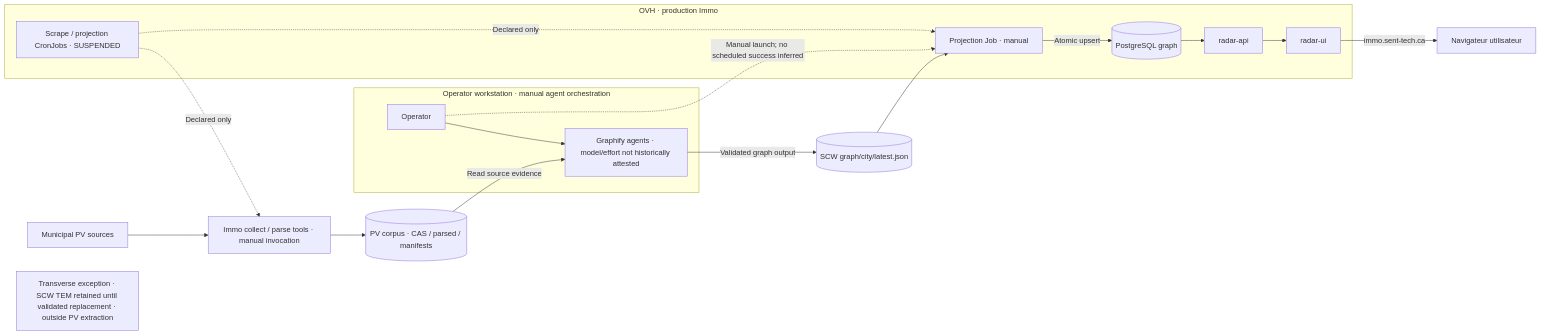
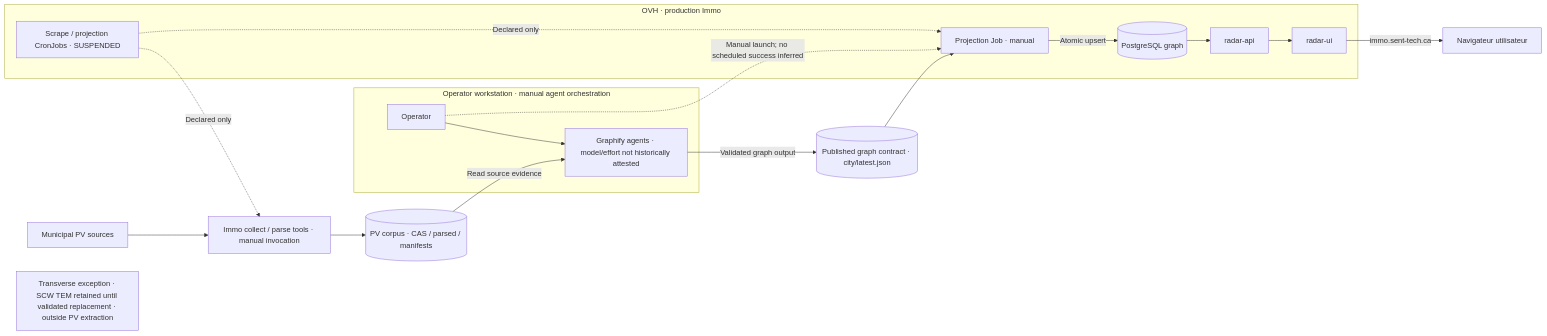
One commit to rhanka/radar-immobilier changed the third of 4 diagrams in docs/spec/SPEC_EVOL_ARCHITECTURE_TWO_TRANSITIONS.md. Above: the diagram before and after it, drawn with Mermaid. The commit also changed other lines of this file, not shown here.

Commit message:
docs(architecture): correct dated transition evidence

````diff
--- a/docs/spec/SPEC_EVOL_ARCHITECTURE_TWO_TRANSITIONS.md
+++ b/docs/spec/SPEC_EVOL_ARCHITECTURE_TWO_TRANSITIONS.md
@@ -151,21 +164,21 @@
 ```mermaid
 flowchart LR
   B_CITY["Municipal PV sources"] --> B_COLLECT["Immo collect / parse tools · manual invocation"]
   B_COLLECT --> B_CORPUS[("PV corpus · CAS / parsed / manifests")]
   subgraph B_WORKSTATION["Operator workstation · manual agent orchestration"]
     B_OPERATOR["Operator"] --> B_EXTRACT["Graphify agents · model/effort not historically attested"]
   end
   B_CORPUS -->|"Read source evidence"| B_EXTRACT
-  B_EXTRACT -->|"Validated graph output"| B_GRAPH[("SCW graph/city/latest.json")]
+  B_EXTRACT -->|"Validated graph output"| B_GRAPH[("Published graph contract · city/latest.json")]
   subgraph B_CLOUD["OVH · production Immo"]
     B_PROJECT["Projection Job · manual"] -->|"Atomic upsert"| B_DB[("PostgreSQL graph")]
     B_SCHEDULE["Scrape / projection CronJobs · SUSPENDED"]
     B_DB --> B_API["radar-api"] --> B_UI["radar-ui"]
   end
   B_GRAPH --> B_PROJECT
   B_OPERATOR -.->|"Manual launch; no scheduled success inferred"| B_PROJECT
   B_SCHEDULE -.->|"Declared only"| B_COLLECT
   B_SCHEDULE -.->|"Declared only"| B_PROJECT
   B_UI -->|"immo.sent-tech.ca"| B_USER["Navigateur utilisateur"]
   B_TEM["Transverse exception · SCW TEM retained until validated replacement · outside PV extraction"]
 ```
````
